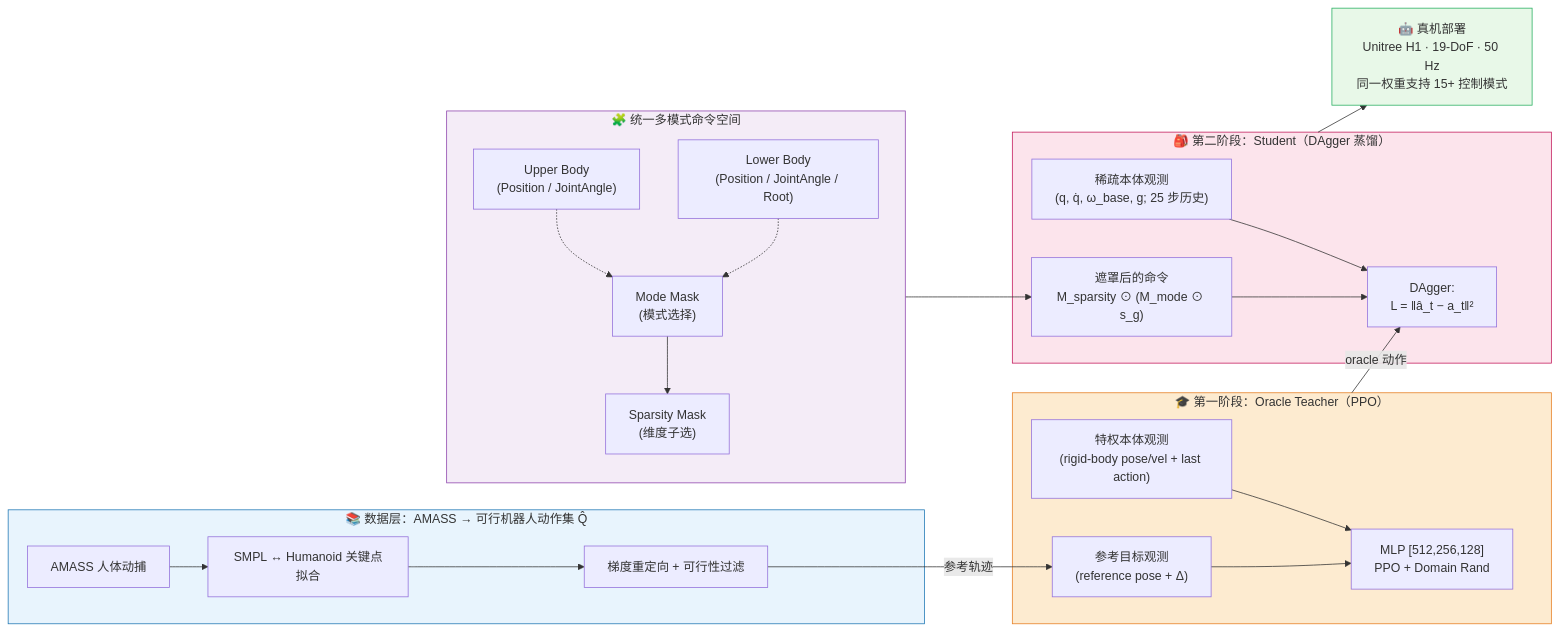
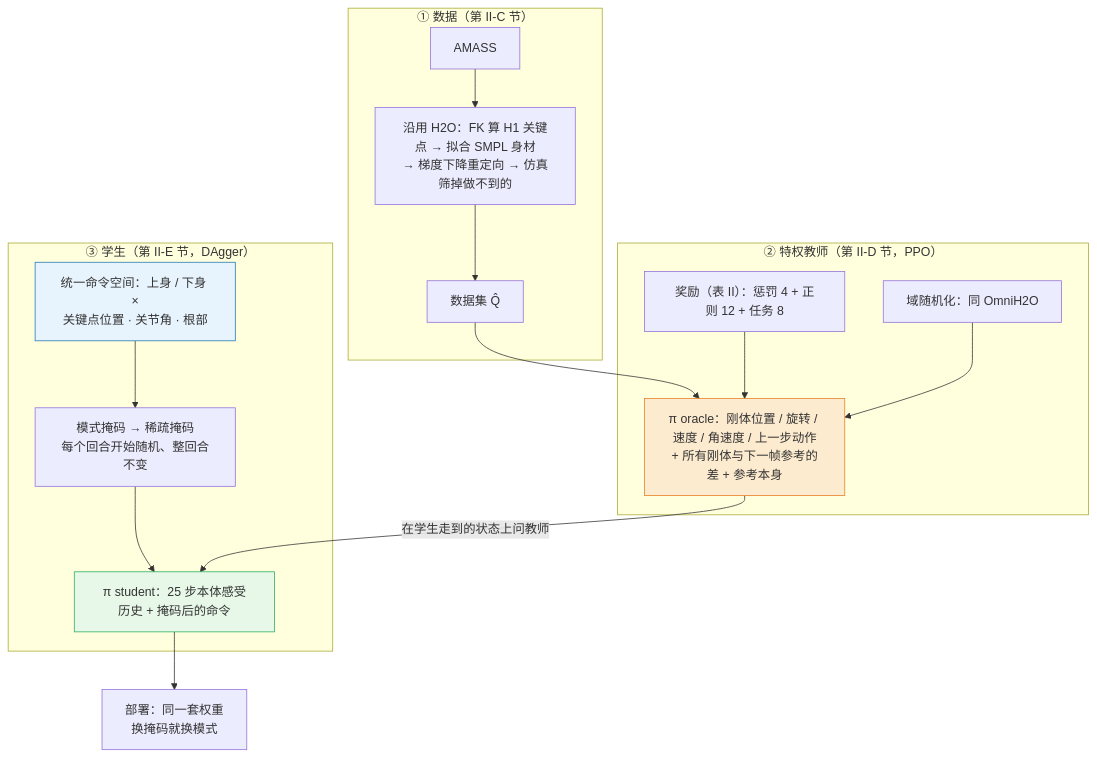
The second of 2 diagrams in papers/03_High_Impact_Selection/HOVER_Versatile_Neural_Whole-Body_Controller/HOVER_Versatile_Neural_Whole-Body_Controller.md (ImChong/Robot_Learning_Paper_Notebooks), drawn with Mermaid before and after one commit. The commit also changed other lines of this file and 34 other files, not shown here.

```diff
--- a/papers/03_High_Impact_Selection/HOVER_Versatile_Neural_Whole-Body_Controller/HOVER_Versatile_Neural_Whole-Body_Controller.md
+++ b/papers/03_High_Impact_Selection/HOVER_Versatile_Neural_Whole-Body_Controller/HOVER_Versatile_Neural_Whole-Body_Controller.md
@@ -141,48 +155,21 @@
 <div class="mermaid">
-flowchart LR
-    subgraph DATA["📚 数据层：AMASS → 可行机器人动作集 Q̂"]
-        D1["AMASS 人体动捕"]
-        D2["SMPL ↔ Humanoid 关键点拟合"]
-        D3["梯度重定向 + 可行性过滤"]
-        D1 --> D2 --> D3
+flowchart TB
+    subgraph S1["① 数据（第 II-C 节）"]
+        A["AMASS"] --> B["沿用 H2O：FK 算 H1 关键点 → 拟合 SMPL 身材<br/>→ 梯度下降重定向 → 仿真筛掉做不到的"] --> Q["数据集 Q̂"]
     end
+    subgraph S2["② 特权教师（第 II-D 节，PPO）"]
+        Q --> T["π oracle：刚体位置 / 旋转 / 速度 / 角速度 / 上一步动作<br/>+ 所有刚体与下一帧参考的差 + 参考本身"]
+        RW["奖励（表 II）：惩罚 4 + 正则 12 + 任务 8"] --> T
+        DR["域随机化：同 OmniH2O"] --> T
+    end
+    subgraph S3["③ 学生（第 II-E 节，DAgger）"]
+        C["统一命令空间：上身 / 下身 ×<br/>关键点位置 · 关节角 · 根部"] --> M["模式掩码 → 稀疏掩码<br/>每个回合开始随机、整回合不变"]
+        M --> S["π student：25 步本体感受历史 + 掩码后的命令"]
+        T -->|"在学生走到的状态上问教师"| S
+    end
+    S --> D["部署：同一套权重<br/>换掩码就换模式"]
 
-    subgraph TEACHER["🎓 第一阶段：Oracle Teacher（PPO）"]
-        T1["特权本体观测<br/>(rigid-body pose/vel + last action)"]
-        T2["参考目标观测<br/>(reference pose + Δ)"]
-        T3["MLP [512,256,128]<br/>PPO + Domain Rand"]
-        T1 --> T3
-        T2 --> T3
-    end
-
-    subgraph CMD["🧩 统一多模式命令空间"]
-        C1["Upper Body<br/>(Position / JointAngle)"]
-        C2["Lower Body<br/>(Position / JointAngle / Root)"]
-        C3["Mode Mask<br/>(模式选择)"]
-        C4["Sparsity Mask<br/>(维度子选)"]
-        C1 -.-> C3
-        C2 -.-> C3
-        C3 --> C4
-    end
-
-    subgraph STUDENT["🎒 第二阶段：Student（DAgger 蒸馏）"]
-        S1["稀疏本体观测<br/>(q, q̇, ω_base, g; 25 步历史)"]
-        S2["遮罩后的命令<br/>M_sparsity ⊙ (M_mode ⊙ s_g)"]
-        S3["DAgger:<br/>L = ‖â_t − a_t‖²"]
-        S1 --> S3
-        S2 --> S3
-    end
-
-    DEPLOY["🤖 真机部署<br/>Unitree H1 · 19-DoF · 50 Hz<br/>同一权重支持 15+ 控制模式"]
-
-    D3 -->|参考轨迹| T2
-    TEACHER -->|oracle 动作| S3
-    CMD --> S2
-    STUDENT --> DEPLOY
-
-    style DATA fill:#e8f4fd,stroke:#1f78b4
-    style TEACHER fill:#fdebd0,stroke:#e67e22
-    style CMD fill:#f4ecf7,stroke:#8e44ad
-    style STUDENT fill:#fce4ec,stroke:#c2185b
-    style DEPLOY fill:#e8f8e8,stroke:#27ae60
+    style T fill:#fdebd0,stroke:#e67e22
+    style S fill:#e8f8e8,stroke:#27ae60
+    style C fill:#e8f4fd,stroke:#1f78b4
 </div>
```
